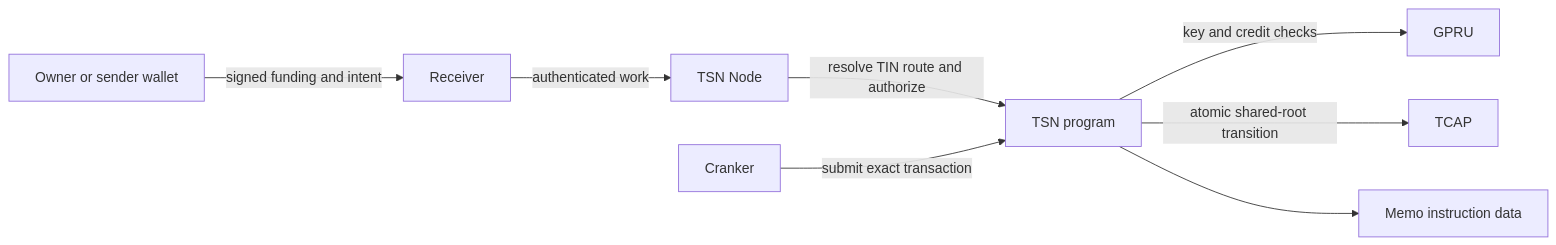
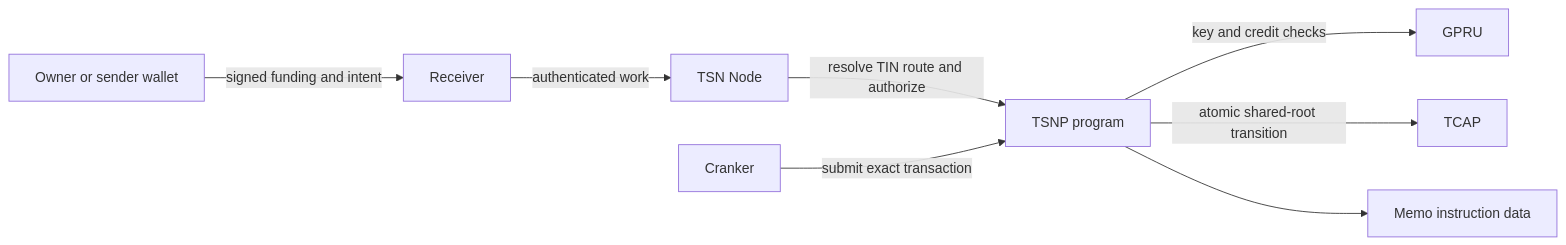
One commit to Trustlink-Labs/TSN-Protocol changed the diagram in tsn-docs/overview/separation-of-concerns.mdx. Above: the diagram before and after it, drawn with Mermaid. The commit also changed other lines of this file and 53 other files, not shown here.

````diff
--- a/tsn-docs/overview/separation-of-concerns.mdx
+++ b/tsn-docs/overview/separation-of-concerns.mdx
@@ -11,10 +11,10 @@
 ```mermaid
 flowchart LR
     W[Owner or sender wallet] -->|signed funding and intent| R[Receiver]
     R -->|authenticated work| N[TSN Node]
-    N -->|resolve TIN route and authorize| X[TSN program]
+    N -->|resolve TIN route and authorize| X[TSNP program]
     C[Cranker] -->|submit exact transaction| X
     X -->|key and credit checks| G[GPRU]
     X -->|atomic shared-root transition| T[TCAP]
     X --> M[Memo instruction data]
 ```
````
